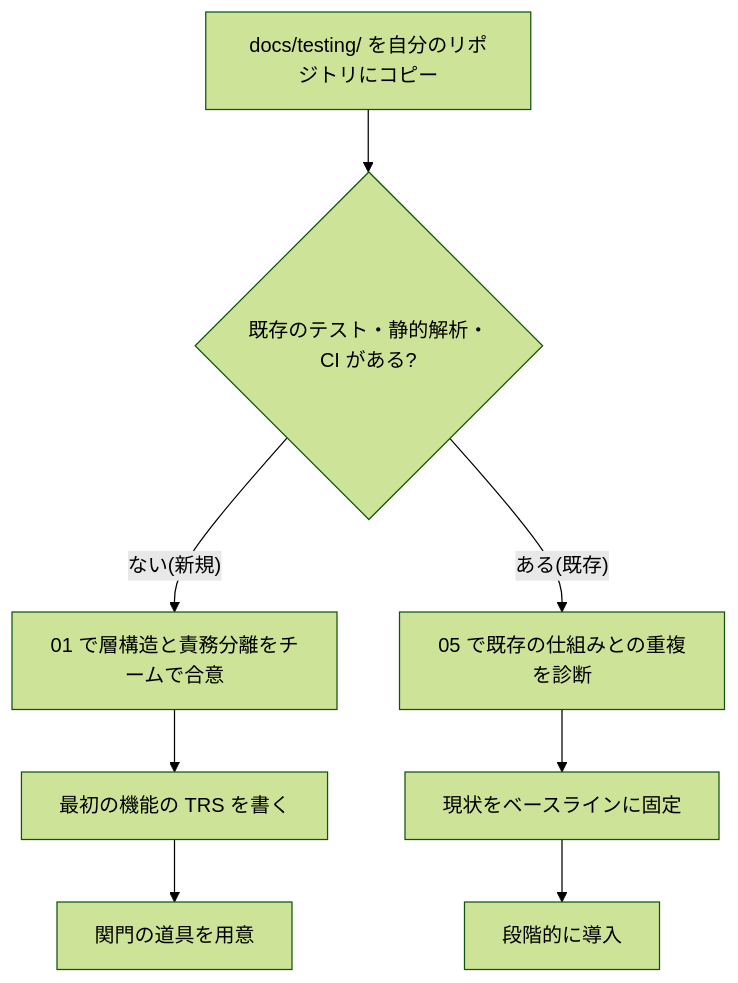
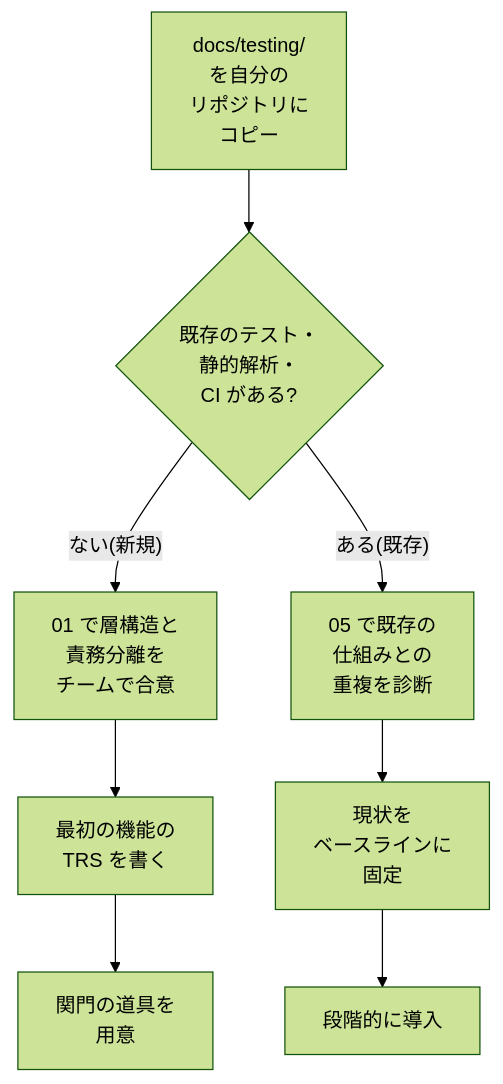
One commit to toshio-shiratori/harness-test-strategy changed the second of 3 diagrams in README.md. Above: the diagram before and after it, drawn with Mermaid (forest theme). The commit also changed other lines of this file, not shown here.

First line of the commit message:
docs: README の横に長い図(仕組み・読む順番)を本文の幅に収める (#209) (#217)

````diff
--- a/README.md
+++ b/README.md
@@ -37,6 +48,6 @@
 ```mermaid
 flowchart TB
-  C["docs/testing/ を自分のリポジトリにコピー"] --> Q{"既存のテスト・静的解析・CI がある?"}
-  Q -- "ない(新規)" --> N1["01 で層構造と責務分離をチームで合意"] --> N2["最初の機能の TRS を書く"] --> N3["関門の道具を用意"]
-  Q -- "ある(既存)" --> E1["05 で既存の仕組みとの重複を診断"] --> E2["現状をベースラインに固定"] --> E3["段階的に導入"]
+  C["docs/testing/<br/>を自分の<br/>リポジトリに<br/>コピー"] --> Q{"既存のテスト・<br/>静的解析・<br/>CI がある?"}
+  Q -- "ない(新規)" --> N1["01 で層構造と<br/>責務分離を<br/>チームで合意"] --> N2["最初の機能の<br/>TRS を書く"] --> N3["関門の道具を<br/>用意"]
+  Q -- "ある(既存)" --> E1["05 で既存の<br/>仕組みとの<br/>重複を診断"] --> E2["現状を<br/>ベースラインに<br/>固定"] --> E3["段階的に導入"]
 ```
````
